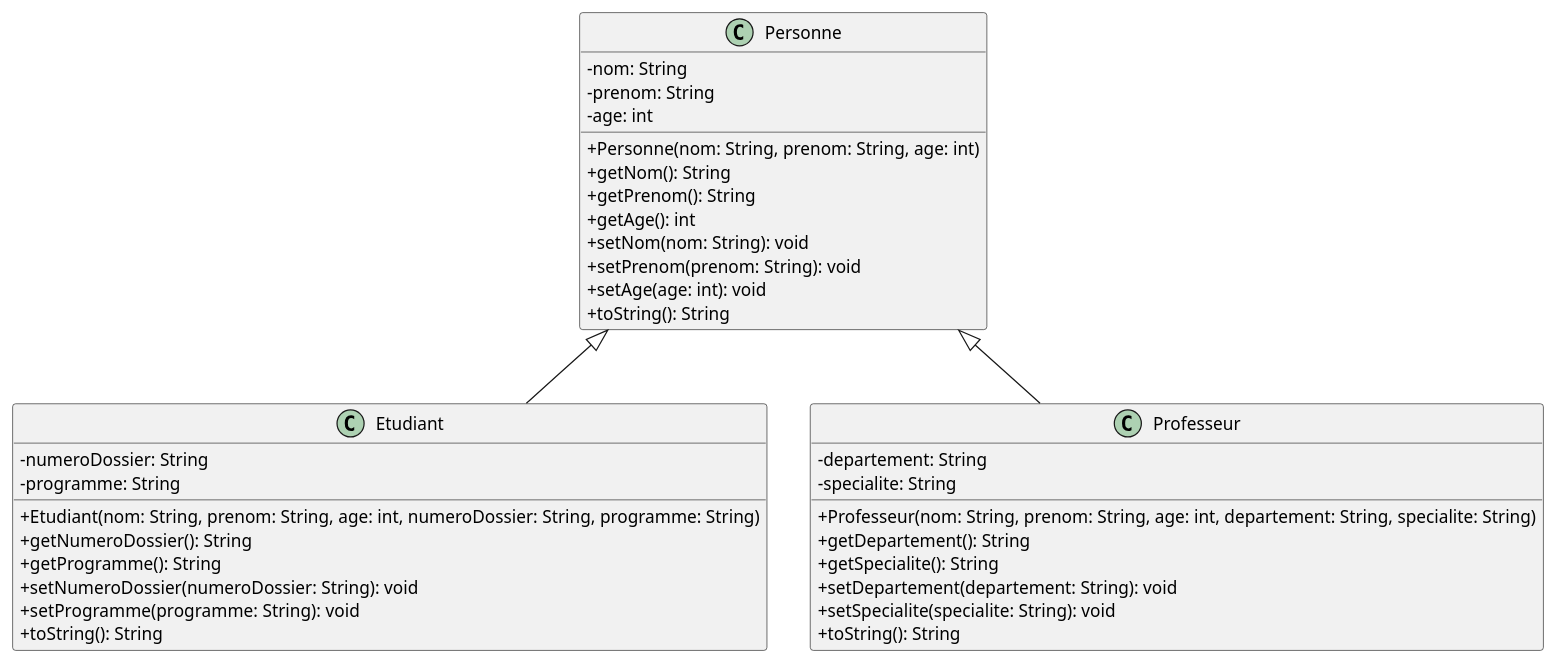
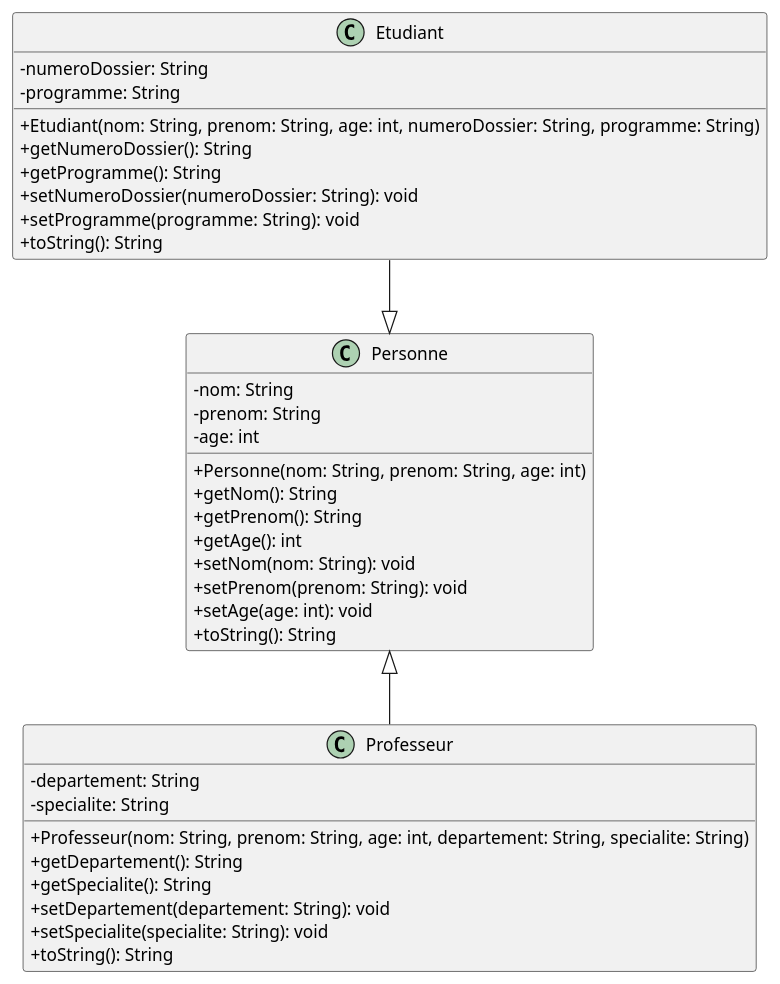
One commit to profdenis/2N1_doc changed the second of 6 diagrams in docs/B. Programmation OO/5. Diagrammes de classe/02-exemples.md. Above: the diagram before and after it, drawn with PlantUML. The commit also changed other lines of this file and 62 other files, not shown here.

````diff
--- a/docs/B. Programmation OO/5. Diagrammes de classe/02-exemples.md
+++ b/docs/B. Programmation OO/5. Diagrammes de classe/02-exemples.md
@@ -57,45 +57,45 @@
     ```plantuml
     @startuml
     skinparam classAttributeIconSize 0
     
     class Personne {
       -nom: String
       -prenom: String
       -age: int
       +Personne(nom: String, prenom: String, age: int)
       +getNom(): String
       +getPrenom(): String
       +getAge(): int
       +setNom(nom: String): void
       +setPrenom(prenom: String): void
       +setAge(age: int): void
       +toString(): String
     }
     
     class Etudiant {
       -numeroDossier: String
       -programme: String
       +Etudiant(nom: String, prenom: String, age: int, numeroDossier: String, programme: String)
       +getNumeroDossier(): String
       +getProgramme(): String
       +setNumeroDossier(numeroDossier: String): void
       +setProgramme(programme: String): void
       +toString(): String
     }
     
     class Professeur {
       -departement: String
       -specialite: String
       +Professeur(nom: String, prenom: String, age: int, departement: String, specialite: String)
       +getDepartement(): String
       +getSpecialite(): String
       +setDepartement(departement: String): void
       +setSpecialite(specialite: String): void
       +toString(): String
     }
     
-    Personne <|-- Etudiant
+    Etudiant --|> Personne
     Personne <|-- Professeur
     
     @enduml
     ```
````
